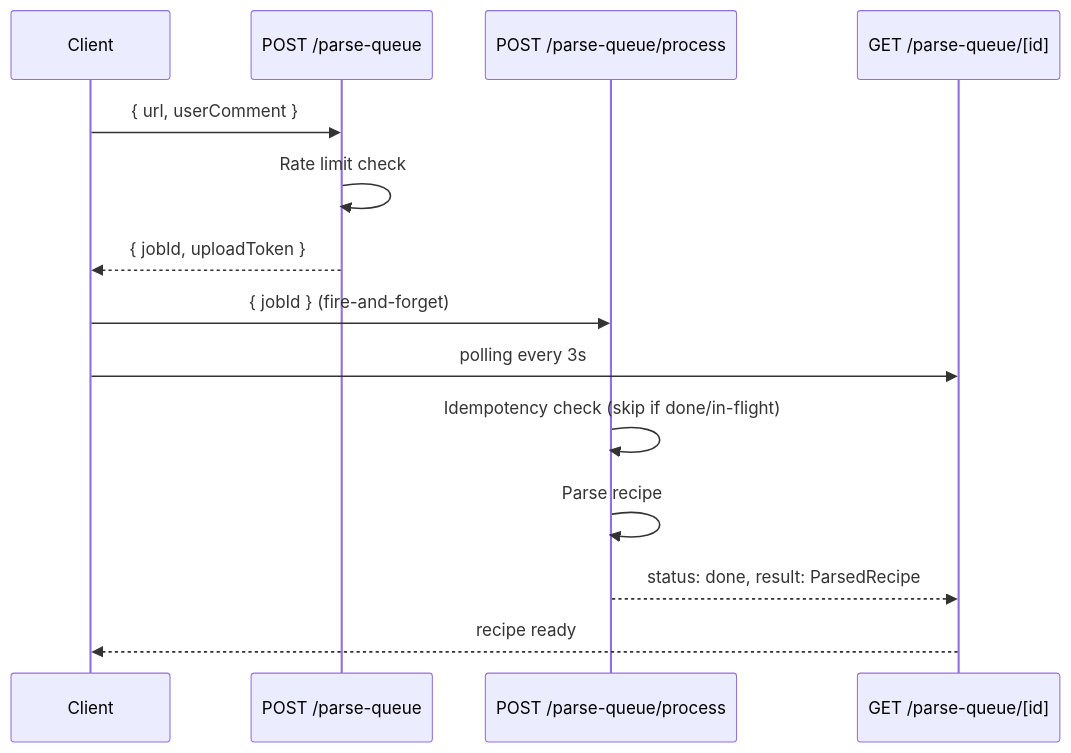
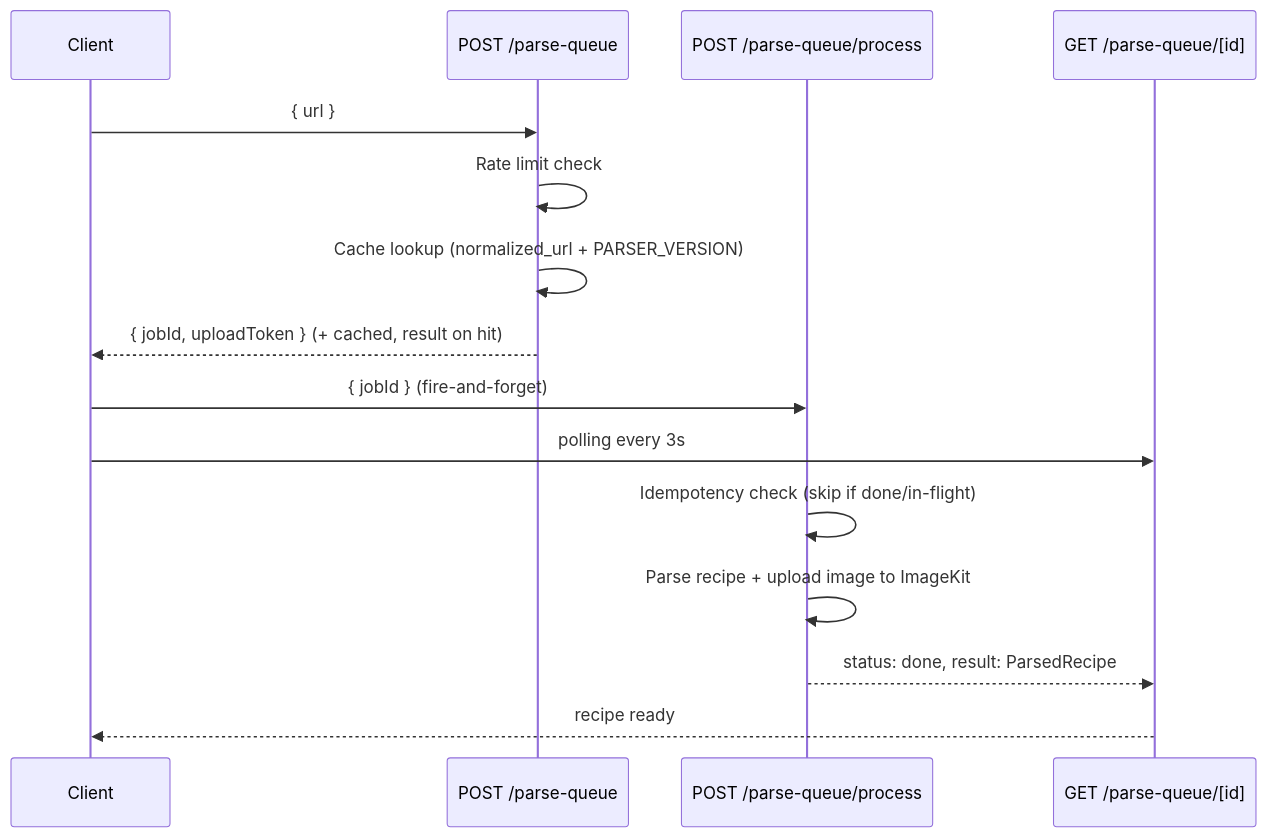
One commit to Sailarn/RecipAI changed the sixth of 6 diagrams in docs/explanation/parse-pipeline.md. Above: the diagram before and after it, drawn with Mermaid. The commit also changed other lines of this file and 3 other files, not shown here.

First line of the commit message:
docs(parse): document the result cache and dormant user_comment

````diff
--- a/docs/explanation/parse-pipeline.md
+++ b/docs/explanation/parse-pipeline.md
@@ -117,17 +117,18 @@
 ```mermaid
 sequenceDiagram
     participant Client
     participant Queue as POST /parse-queue
     participant Process as POST /parse-queue/process
     participant Poll as GET /parse-queue/[id]
 
-    Client->>Queue: { url, userComment }
+    Client->>Queue: { url }
     Queue->>Queue: Rate limit check
-    Queue-->>Client: { jobId, uploadToken }
+    Queue->>Queue: Cache lookup (normalized_url + PARSER_VERSION)
+    Queue-->>Client: { jobId, uploadToken } (+ cached, result on hit)
     Client->>Process: { jobId } (fire-and-forget)
     Client->>Poll: polling every 3s
     Process->>Process: Idempotency check (skip if done/in-flight)
-    Process->>Process: Parse recipe
+    Process->>Process: Parse recipe + upload image to ImageKit
     Process-->>Poll: status: done, result: ParsedRecipe
     Poll-->>Client: recipe ready
 ```
````
